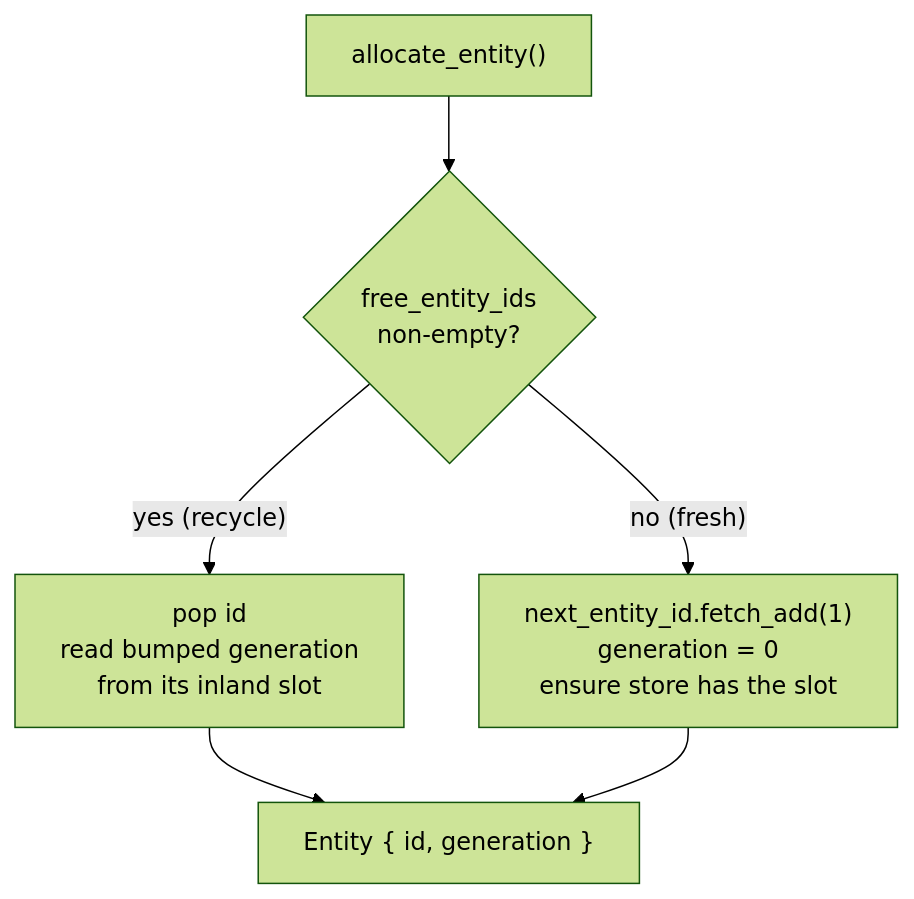
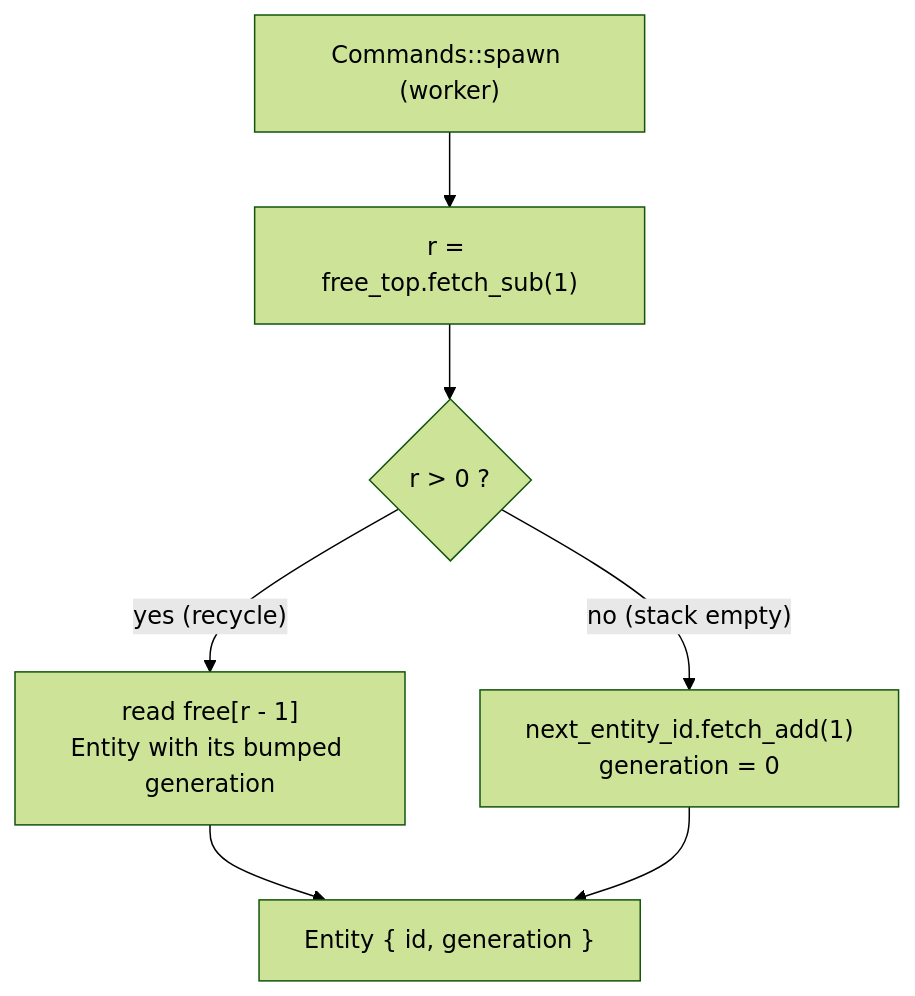
Before and after one commit to bluesteelll/boyko-engine: the first of 3 diagrams in book/src/architecture/entities-and-generations.md, drawn with Mermaid (forest theme). The commit also changed other lines of this file and 26 other files, not shown here.

First line of the commit message:
docs(book): C6 - half-1 page content brought to the code at HEAD: introduction, first app, the core ECS concepts, architecture, scheduling, change detection, memory and serialization

````diff
--- a/book/src/architecture/entities-and-generations.md
+++ b/book/src/architecture/entities-and-generations.md
@@ -59,8 +77,9 @@
 ```mermaid
 flowchart TD
-    A["allocate_entity()"] --> B{"free_entity_ids<br/>non-empty?"}
-    B -- "yes (recycle)" --> C["pop id<br/>read bumped generation<br/>from its inland slot"]
-    B -- "no (fresh)" --> D["next_entity_id.fetch_add(1)<br/>generation = 0<br/>ensure store has the slot"]
-    C --> E["Entity { id, generation }"]
-    D --> E
+    A["Commands::spawn (worker)"] --> B["r = free_top.fetch_sub(1)"]
+    B --> C{"r > 0 ?"}
+    C -- "yes (recycle)" --> D["read free[r - 1]<br/>Entity with its bumped generation"]
+    C -- "no (stack empty)" --> E["next_entity_id.fetch_add(1)<br/>generation = 0"]
+    D --> F["Entity { id, generation }"]
+    E --> F
 ```
````
